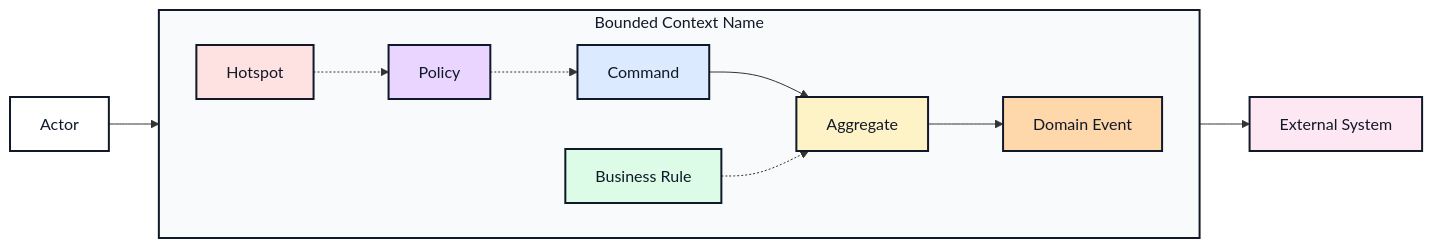
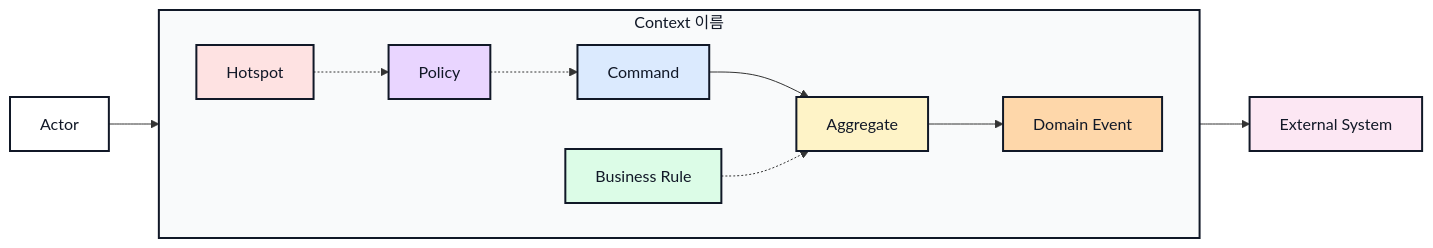
The diagram in blueprint/40-event-storming-bounded-context/.template/bounded-context.md (Medikong/archive), drawn with Mermaid before and after one commit. The commit also changed 4 other files, not shown here.

````diff
--- a/blueprint/40-event-storming-bounded-context/.template/bounded-context.md
+++ b/blueprint/40-event-storming-bounded-context/.template/bounded-context.md
@@ -40,43 +40,43 @@
 ```mermaid
 flowchart LR
   actor[Actor<br>]
 
-  subgraph ContextId[Bounded Context Name]
+  subgraph ContextId[Context 이름]
     direction LR
     command[Command<br>]
     aggregate[Aggregate<br>]
     event[Domain Event<br>]
     policy[Policy<br>]
     rule[Business Rule<br>]
     hotspot[Hotspot<br>]
   end
 
   external[External System<br>]
 
   actor --> command
   command --> aggregate
   aggregate --> event
   policy -.-> command
   rule -.-> aggregate
   hotspot -.-> policy
   policy --> external
 
   classDef actor fill:#FFFFFF,stroke:#111827,color:#111827,stroke-width:2px;
   classDef command fill:#DBEAFE,stroke:#111827,color:#111827,stroke-width:2px;
   classDef aggregate fill:#FEF3C7,stroke:#111827,color:#111827,stroke-width:2px;
   classDef event fill:#FED7AA,stroke:#111827,color:#111827,stroke-width:2px;
   classDef policy fill:#E9D5FF,stroke:#111827,color:#111827,stroke-width:2px;
   classDef rule fill:#DCFCE7,stroke:#111827,color:#111827,stroke-width:2px;
   classDef hotspot fill:#FEE2E2,stroke:#111827,color:#111827,stroke-width:2px;
   classDef external fill:#FCE7F3,stroke:#111827,color:#111827,stroke-width:2px;
 
   class actor actor;
   class command command;
   class aggregate aggregate;
   class event event;
   class policy policy;
   class rule rule;
   class hotspot hotspot;
   class external external;
   style ContextId fill:#F9FAFB,stroke:#111827,color:#111827,stroke-width:2px;
 ```
````
